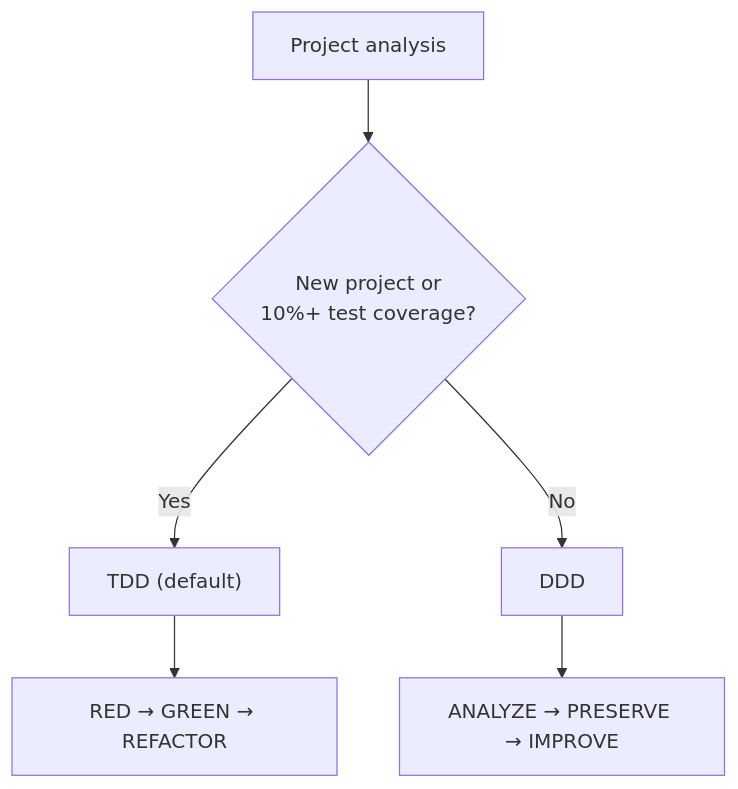
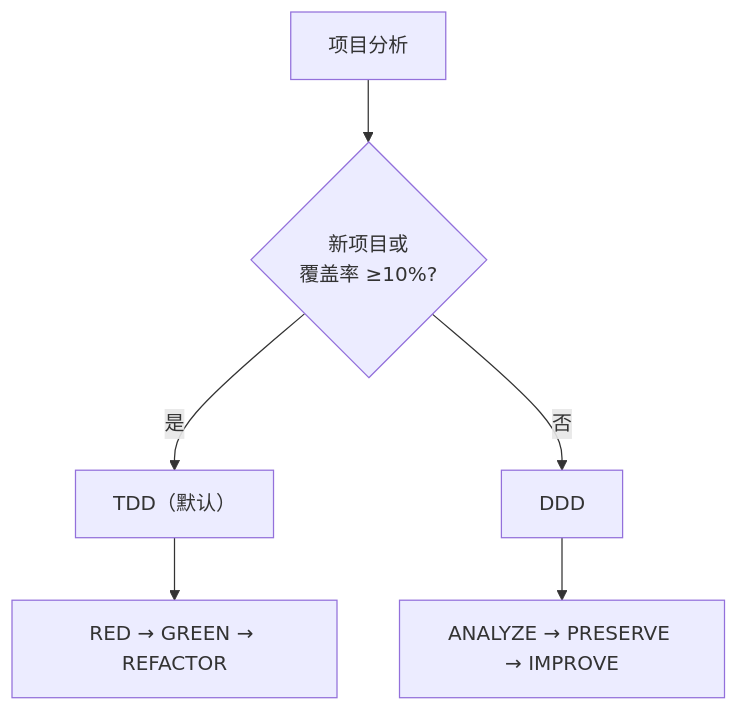
The third of 3 diagrams in README.zh.md (modu-ai/moai-adk), drawn with Mermaid before and after one commit. The commit also changed other lines of this file and 2 other files, not shown here.

````diff
--- a/README.zh.md
+++ b/README.zh.md
@@ -377,8 +396,8 @@
 ```mermaid
 flowchart TD
-    A["Project analysis"] --> B{"New project or<br/>10%+ test coverage?"}
-    B -->|"Yes"| C["TDD (default)"]
-    B -->|"No"| D["DDD"]
+    A["项目分析"] --> B{"新项目或<br/>覆盖率 ≥10%?"}
+    B -->|"是"| C["TDD（默认）"]
+    B -->|"否"| D["DDD"]
     C --> F["RED → GREEN → REFACTOR"]
     D --> G["ANALYZE → PRESERVE → IMPROVE"]
 ```
````
